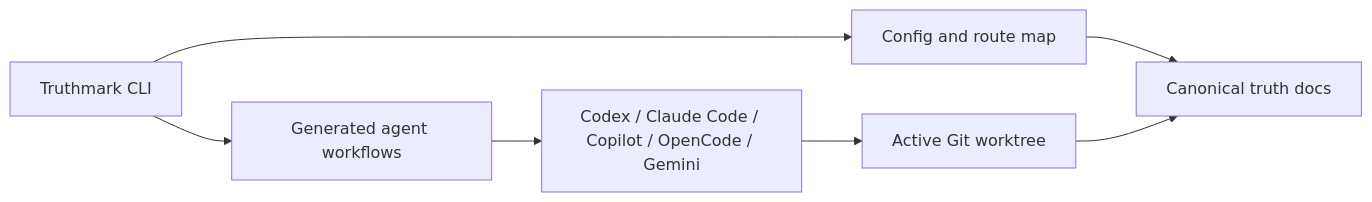
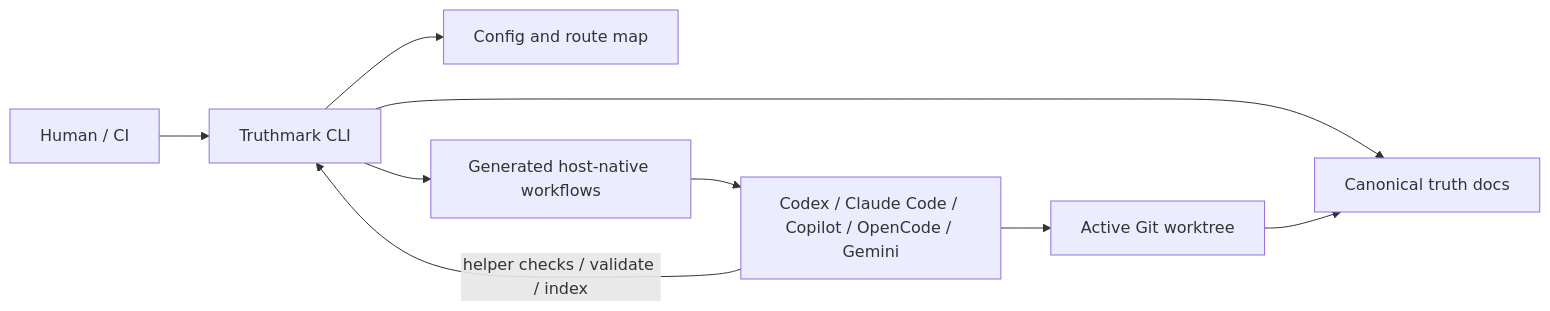
Before and after one commit to merlinhu1/truthmark: the diagram in README.md, drawn with Mermaid. The commit also changed other lines of this file and 4 other files, not shown here.

First line of the commit message:
docs: show agent CLI feedback loop in README diagram

````diff
--- a/README.md
+++ b/README.md
@@ -269,9 +269,11 @@
 ```mermaid
 flowchart LR
-  CLI["Truthmark CLI"] --> Config["Config and route map"]
-  Config --> Truth["Canonical truth docs"]
-  CLI --> Surfaces["Generated agent workflows"]
+  Human["Human / CI"] --> CLI["Truthmark CLI"]
+  CLI --> Config["Config and route map"]
+  CLI --> Truth["Canonical truth docs"]
+  CLI --> Surfaces["Generated host-native workflows"]
   Surfaces --> Hosts["Codex / Claude Code / Copilot / OpenCode / Gemini"]
   Hosts --> Worktree["Active Git worktree"]
+  Hosts -->|"helper checks / validate / index"| CLI
   Worktree --> Truth
 ```
````
